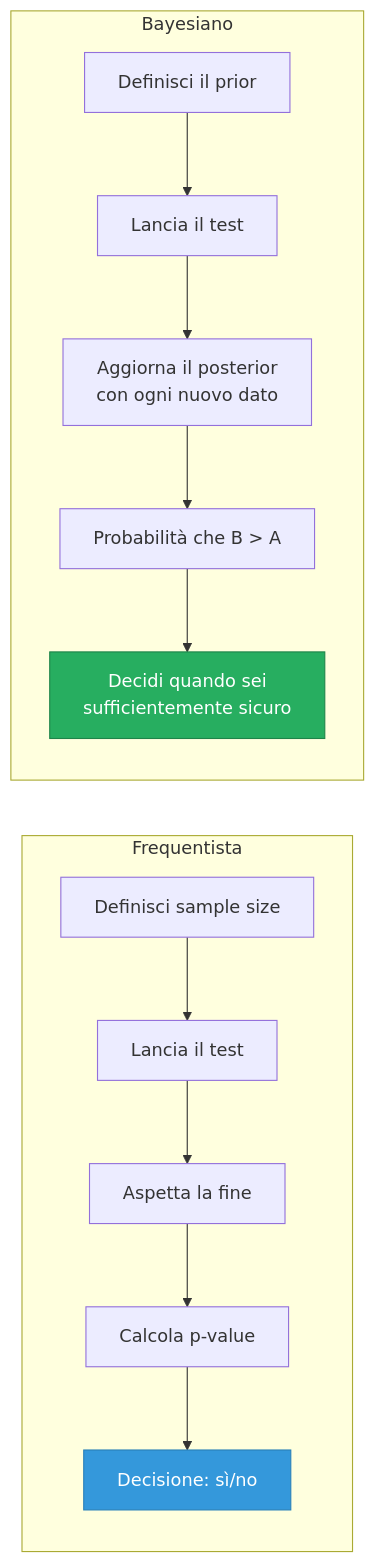
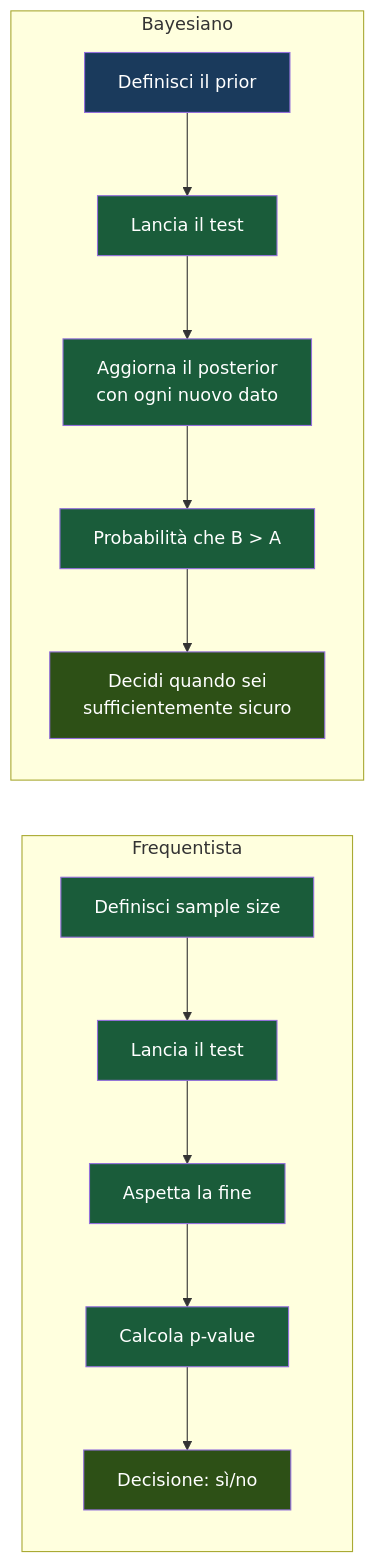
The third of 5 diagrams in src/content/corso/analisi-prodotto/ab-testing.mdx (AndreyBertasini/gynnitech), drawn with Mermaid before and after one commit. The commit also changed other lines of this file and 21 other files, not shown here.

First line of the commit message:
style: applica color scheme semantico a tutti i diagrammi Mermaid del corso

````diff
--- a/src/content/corso/analisi-prodotto/ab-testing.mdx
+++ b/src/content/corso/analisi-prodotto/ab-testing.mdx
@@ -175,17 +183,25 @@
 ```mermaid
 graph LR
     subgraph "Frequentista"
         F1["Definisci sample size"] --> F2["Lancia il test"]
         F2 --> F3["Aspetta la fine"]
         F3 --> F4["Calcola p-value"]
         F4 --> F5["Decisione: sì/no"]
     end
     subgraph "Bayesiano"
         B1["Definisci il prior"] --> B2["Lancia il test"]
         B2 --> B3["Aggiorna il posterior\ncon ogni nuovo dato"]
         B3 --> B4["Probabilità che B > A"]
         B4 --> B5["Decidi quando sei\nsufficientemente sicuro"]
     end
-    style F5 fill:#3498db,stroke:#2980b9,color:#fff
-    style B5 fill:#27ae60,stroke:#1e8449,color:#fff
+    style F1 fill:#1a5c3a,color:#ffffff
+    style F2 fill:#1a5c3a,color:#ffffff
+    style F3 fill:#1a5c3a,color:#ffffff
+    style F4 fill:#1a5c3a,color:#ffffff
+    style F5 fill:#2d5016,color:#ffffff
+    style B1 fill:#1a3a5c,color:#ffffff
+    style B2 fill:#1a5c3a,color:#ffffff
+    style B3 fill:#1a5c3a,color:#ffffff
+    style B4 fill:#1a5c3a,color:#ffffff
+    style B5 fill:#2d5016,color:#ffffff
 ```
````
